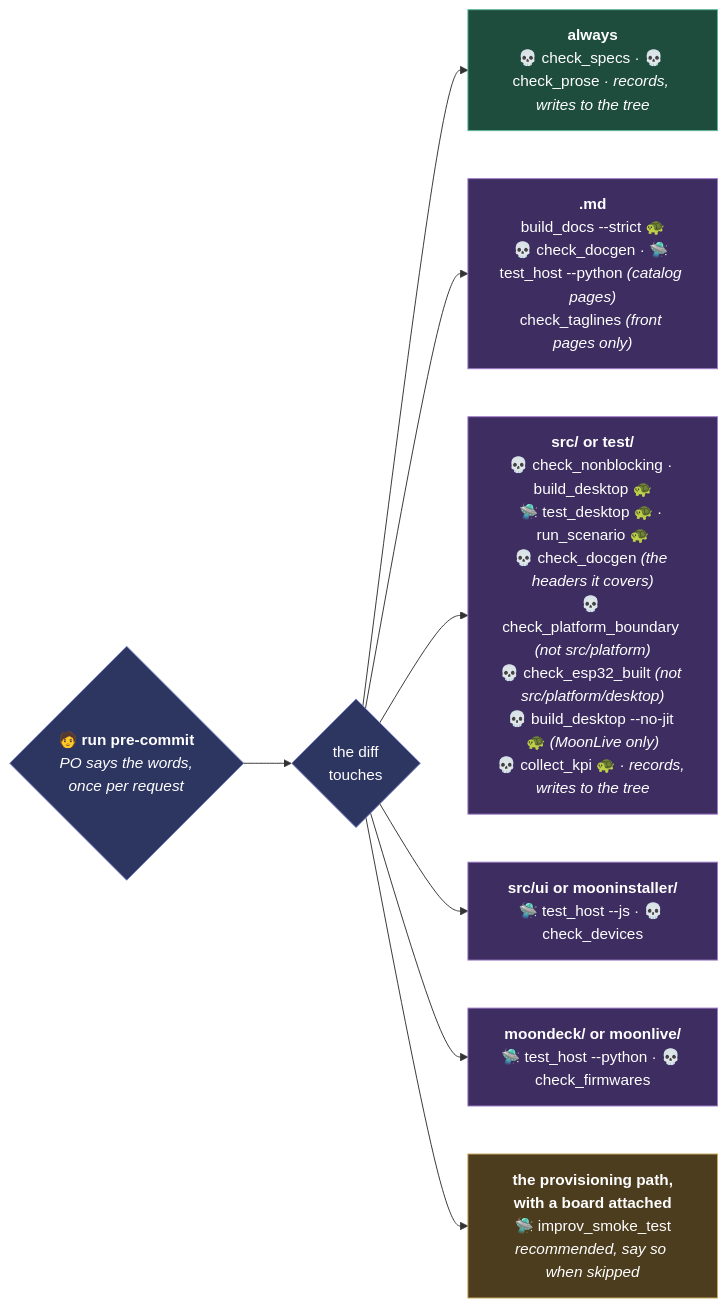
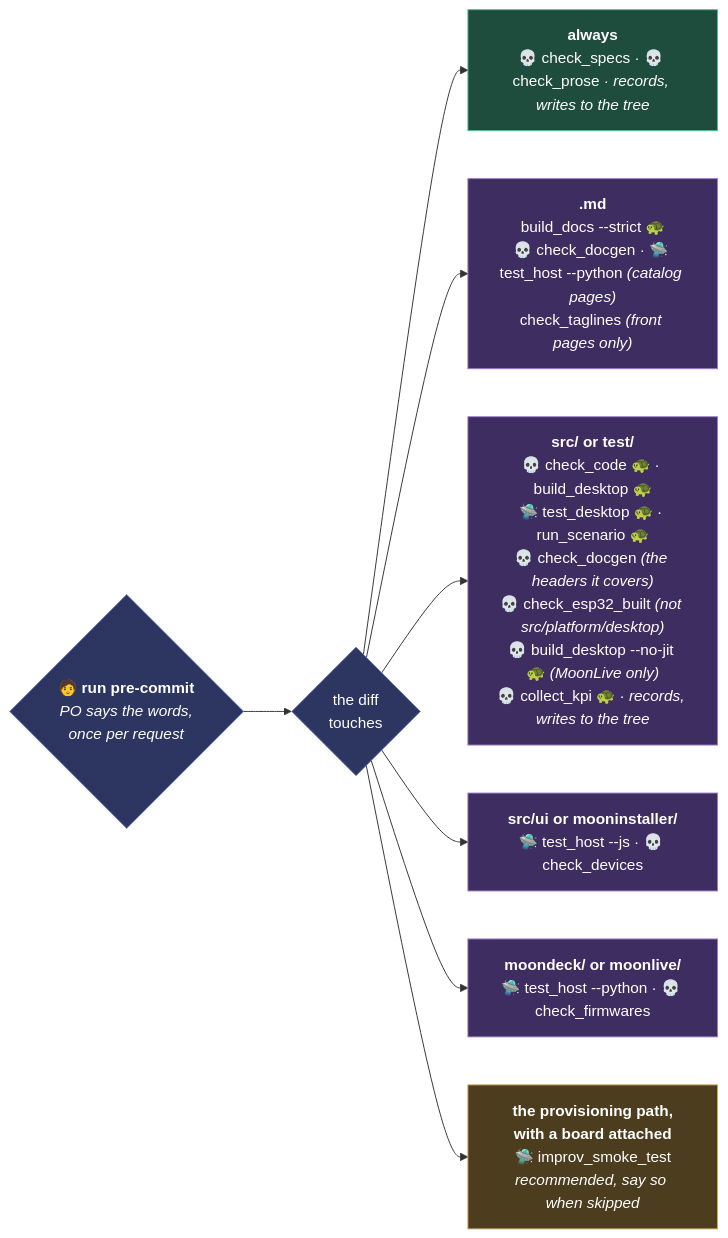
One commit to MoonModules/MoonLight changed the fourth of 6 diagrams in CLAUDE.md. Above: the diagram before and after it, drawn with Mermaid. The commit also changed other lines of this file and 50 other files, not shown here.

````diff
--- a/CLAUDE.md
+++ b/CLAUDE.md
@@ -182,23 +182,23 @@
 ```mermaid
 flowchart LR
     pc{"<b>🧑 run pre-commit</b><br/><i>PO says the words,<br/>once per request</i>"}
     diff{"the diff<br/>touches"}
     pc --> diff
     always["<b>always</b><br/>💀 check_specs · 💀 check_prose <i>· records, writes to the tree</i>"]
     md["<b>.md</b><br/>build_docs --strict 🐢<br/>💀 check_docgen · 🛸 test_host --python <i>(catalog pages)</i><br/>check_taglines <i>(front pages only)</i>"]
-    code["<b>src/ or test/</b><br/>💀 check_nonblocking · build_desktop 🐢<br/>🛸 test_desktop 🐢 · run_scenario 🐢<br/>💀 check_docgen <i>(the headers it covers)</i><br/>💀 check_platform_boundary <i>(not src/platform)</i><br/>💀 check_esp32_built <i>(not src/platform/desktop)</i><br/>💀 build_desktop --no-jit 🐢 <i>(MoonLive only)</i><br/>💀 collect_kpi 🐢 <i>· records, writes to the tree</i>"]
+    code["<b>src/ or test/</b><br/>💀 check_code 🐢 · build_desktop 🐢<br/>🛸 test_desktop 🐢 · run_scenario 🐢<br/>💀 check_docgen <i>(the headers it covers)</i><br/>💀 check_esp32_built <i>(not src/platform/desktop)</i><br/>💀 build_desktop --no-jit 🐢 <i>(MoonLive only)</i><br/>💀 collect_kpi 🐢 <i>· records, writes to the tree</i>"]
     web["<b>src/ui or mooninstaller/</b><br/>🛸 test_host --js · 💀 check_devices"]
     py["<b>moondeck/ or moonlive/</b><br/>🛸 test_host --python · 💀 check_firmwares"]
     board["<b>the provisioning path,<br/>with a board attached</b><br/>🛸 improv_smoke_test<br/><i>recommended, say so when skipped</i>"]
 
     diff --> always & md & code & web & py & board
 
     classDef po fill:#2d3561,stroke:#7b88c9,color:#fff
     classDef check fill:#1f4d3d,stroke:#5fb89a,color:#fff
     classDef agent fill:#3d2d61,stroke:#a07bc9,color:#fff
     classDef gate fill:#4d3d1f,stroke:#c9a95f,color:#fff
     class diff,pc po
     class always check
     class md,code,web,py agent
     class board gate
 ```
````
